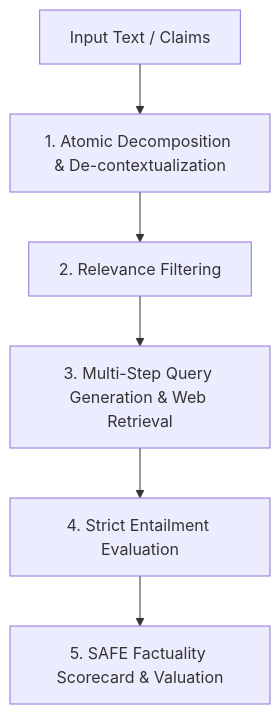
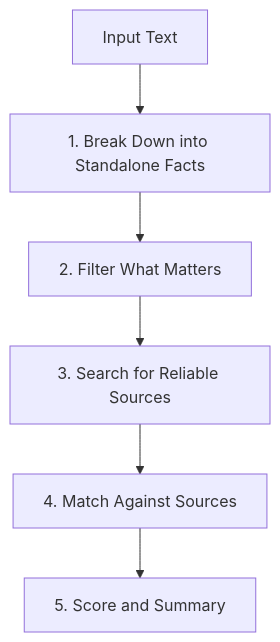
One commit to pyscriptcli/sherlock changed the diagram in references/safe_framework.md. Above: the diagram before and after it, drawn with Mermaid. The commit also changed other lines of this file and 3 other files, not shown here.

````diff
--- a/references/safe_framework.md
+++ b/references/safe_framework.md
@@ -20,8 +20,8 @@
 ```mermaid
 flowchart TD
-    Input["Input Text / Claims"] --> Decomp["1. Atomic Decomposition & De-contextualization"]
-    Decomp --> Relevance["2. Relevance Filtering"]
-    Relevance --> Search["3. Multi-Step Query Generation & Web Retrieval"]
-    Search --> Entailment["4. Strict Entailment Evaluation"]
-    Entailment --> Score["5. SAFE Factuality Scorecard & Valuation"]
+    Input["Input Text"] --> Decomp["1. Break Down into Standalone Facts"]
+    Decomp --> Relevance["2. Filter What Matters"]
+    Relevance --> Search["3. Search for Reliable Sources"]
+    Search --> Entailment["4. Match Against Sources"]
+    Entailment --> Score["5. Score and Summary"]
 ```
````
